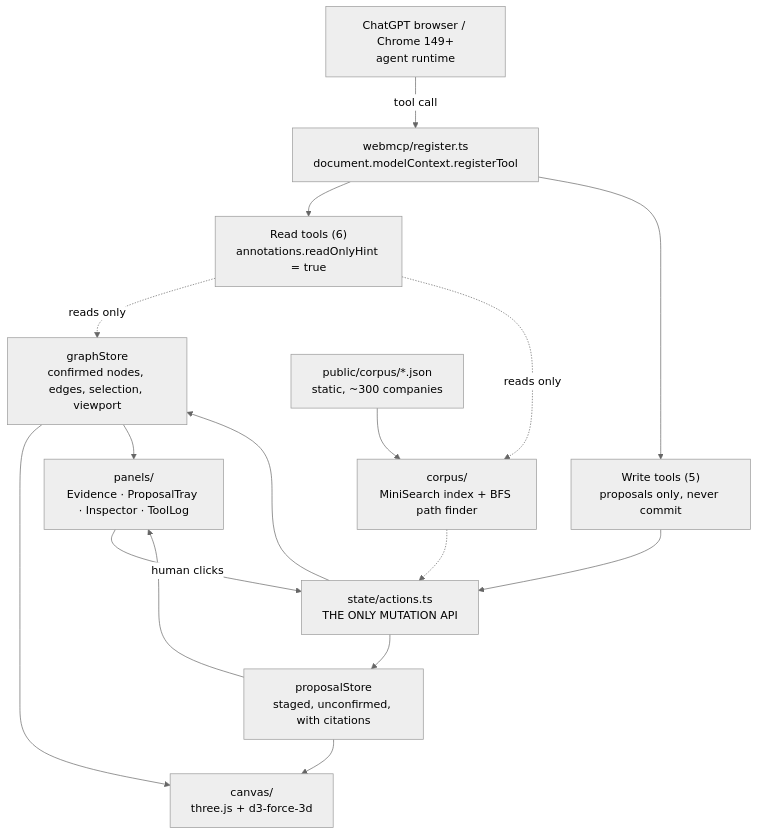
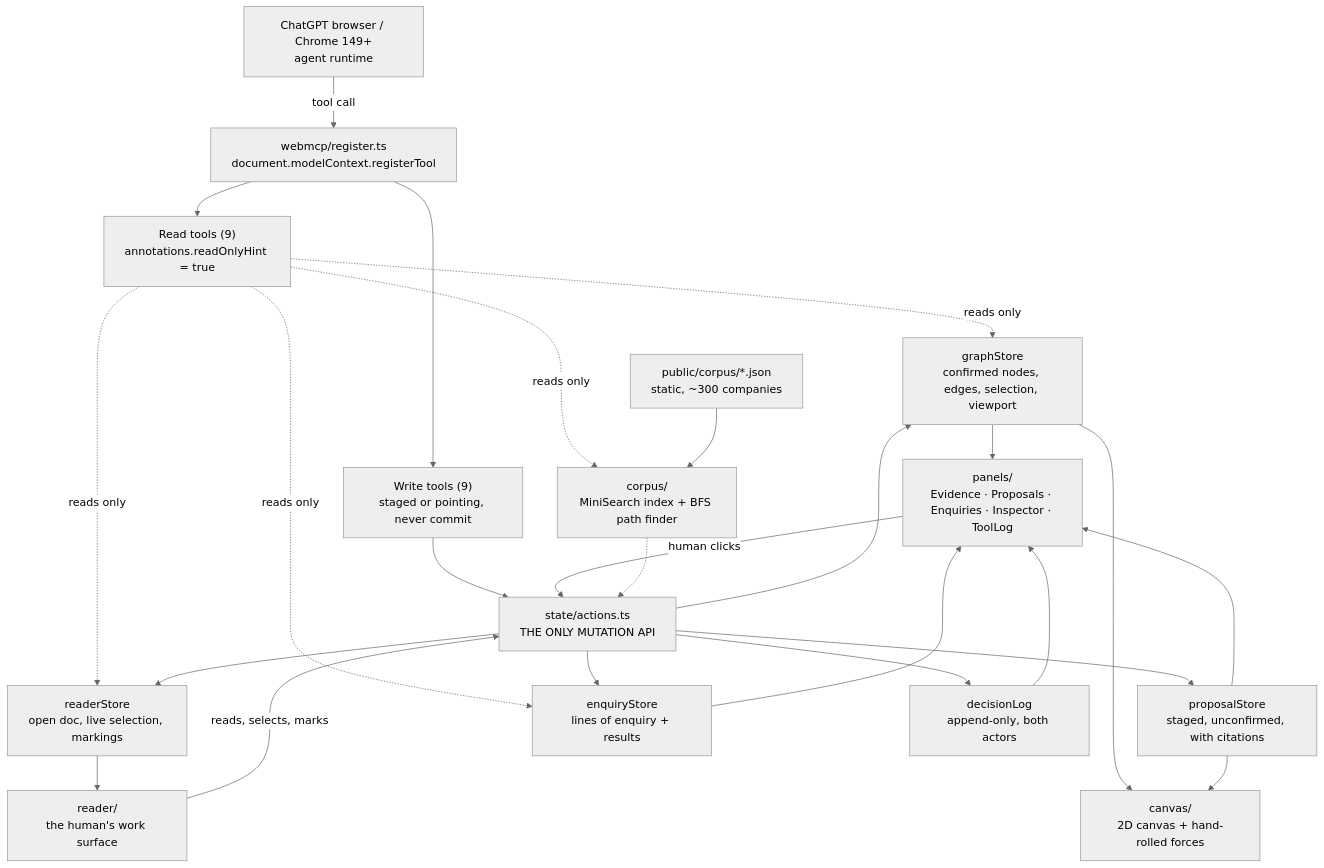
Before and after one commit to Powahm/webmcp2026: the first of 3 diagrams in docs/ARCHITECTURE.md, drawn with Mermaid (neutral theme). The commit also changed other lines of this file and 42 other files, not shown here.

Commit message:
changed it to 2d graph and added more human interaction via file reader

````diff
--- a/docs/ARCHITECTURE.md
+++ b/docs/ARCHITECTURE.md
@@ -16,30 +25,43 @@
 ```mermaid
 flowchart TB
   A["ChatGPT browser / Chrome 149+<br/>agent runtime"]
   R["webmcp/register.ts<br/>document.modelContext.registerTool"]
-  RT["Read tools (6)<br/>annotations.readOnlyHint = true"]
-  WT["Write tools (5)<br/>proposals only, never commit"]
+  RT["Read tools (9)<br/>annotations.readOnlyHint = true"]
+  WT["Write tools (9)<br/>staged or pointing, never commit"]
   ACT["state/actions.ts<br/>THE ONLY MUTATION API"]
   GS["graphStore<br/>confirmed nodes, edges, selection, viewport"]
   PS["proposalStore<br/>staged, unconfirmed, with citations"]
+  RS["readerStore<br/>open doc, live selection, markings"]
+  ES["enquiryStore<br/>lines of enquiry + results"]
+  DL["decisionLog<br/>append-only, both actors"]
   COR["corpus/<br/>MiniSearch index + BFS path finder"]
-  C3["canvas/<br/>three.js + d3-force-3d"]
-  PAN["panels/<br/>Evidence · ProposalTray · Inspector · ToolLog"]
+  C3["canvas/<br/>2D canvas + hand-rolled forces"]
+  RD["reader/<br/>the human's work surface"]
+  PAN["panels/<br/>Evidence · Proposals · Enquiries · Inspector · ToolLog"]
   J["public/corpus/*.json<br/>static, ~300 companies"]
 
   A -->|tool call| R
   R --> RT
   R --> WT
   RT -.->|reads only| GS
+  RT -.->|reads only| RS
+  RT -.->|reads only| ES
   RT -.->|reads only| COR
   WT --> ACT
+  RD -->|reads, selects, marks| ACT
   PAN -->|human clicks| ACT
   ACT --> GS
   ACT --> PS
+  ACT --> RS
+  ACT --> ES
+  ACT --> DL
   GS --> C3
   PS --> C3
+  RS --> RD
+  ES --> PAN
+  DL --> PAN
   GS --> PAN
   PS --> PAN
   J --> COR
   COR -.-> ACT
 ```
````
